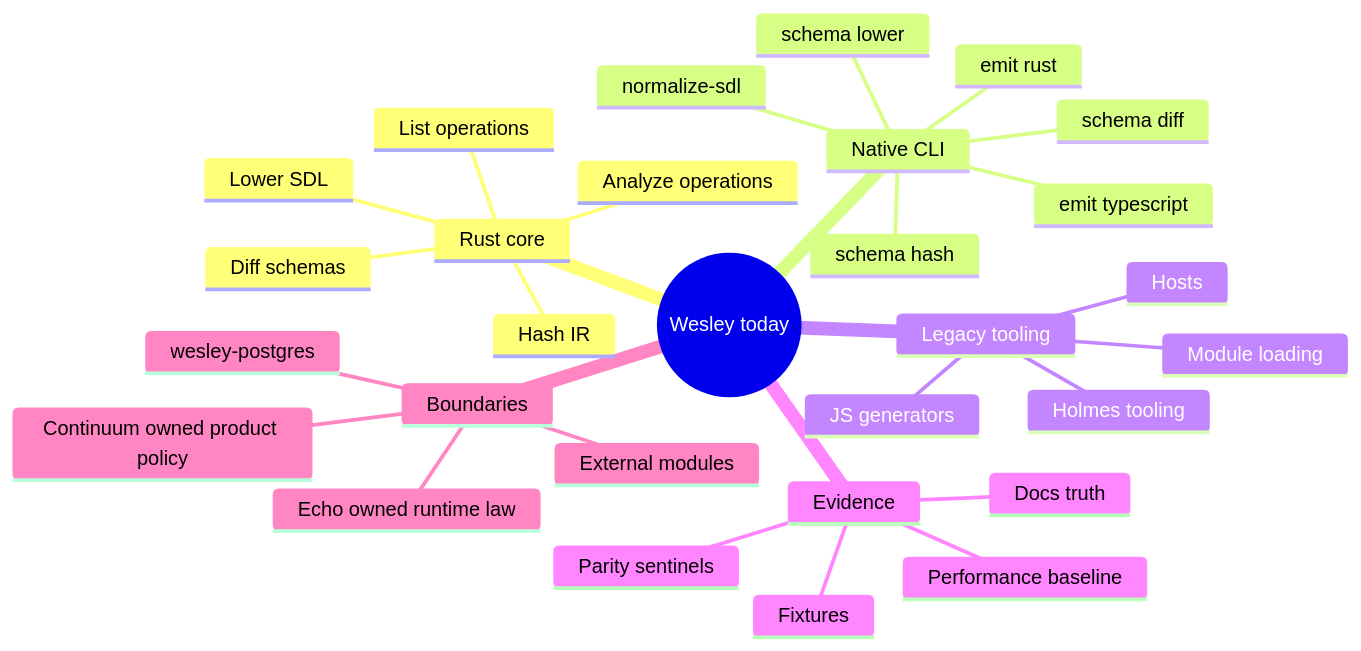
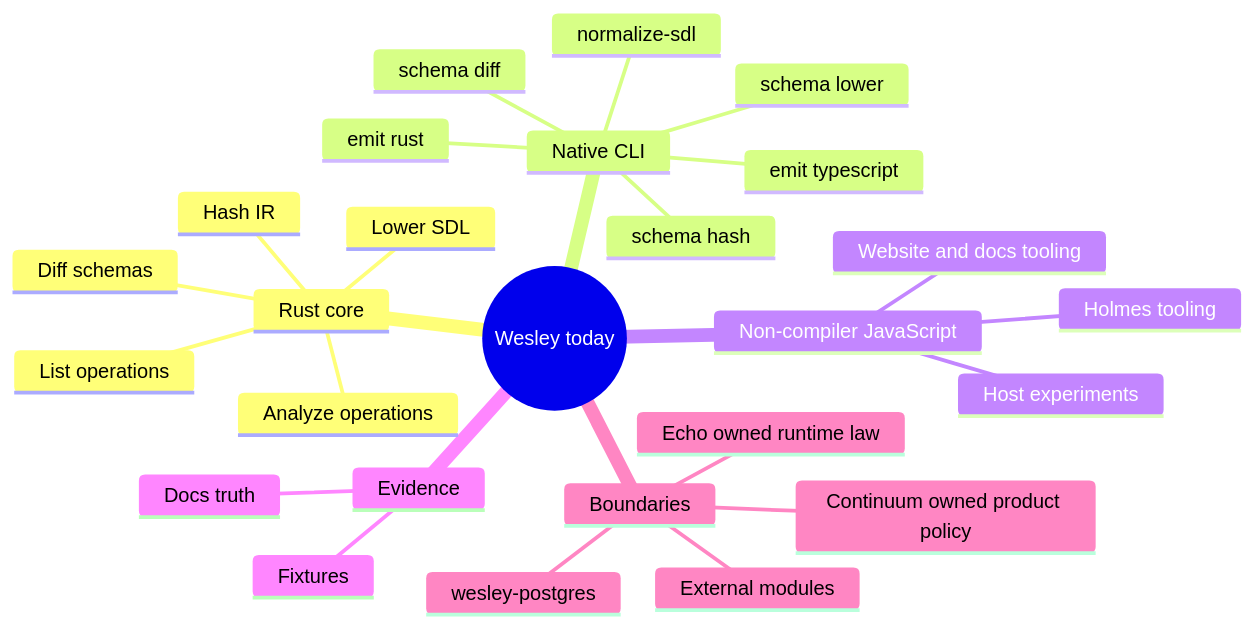
Diagram 22 of 24 in docs/END_TO_END.md (flyingrobots/wesley), drawn with Mermaid before and after one commit. The commit also changed other lines of this file and 364 other files, not shown here.

Commit message:
feat(node-retirement): close legacy Node compiler surface

````diff
--- a/docs/END_TO_END.md
+++ b/docs/END_TO_END.md
@@ -999,32 +977,29 @@
 ```mermaid
 mindmap
     root((Wesley today))
         Rust core
             Lower SDL
             Hash IR
             Diff schemas
             List operations
             Analyze operations
         Native CLI
             normalize-sdl
             schema lower
             schema hash
             schema diff
             emit rust
             emit typescript
-        Legacy tooling
-            JS generators
-            Module loading
-            Hosts
+        Non-compiler JavaScript
             Holmes tooling
+            Host experiments
+            Website and docs tooling
         Evidence
             Fixtures
-            Parity sentinels
-            Performance baseline
             Docs truth
         Boundaries
             External modules
             wesley-postgres
             Echo owned runtime law
             Continuum owned product policy
 ```
````
